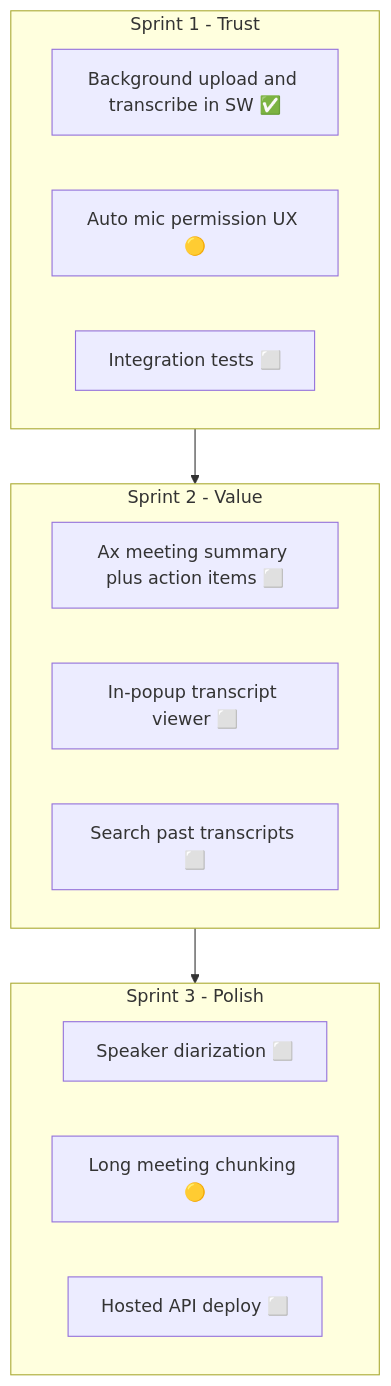
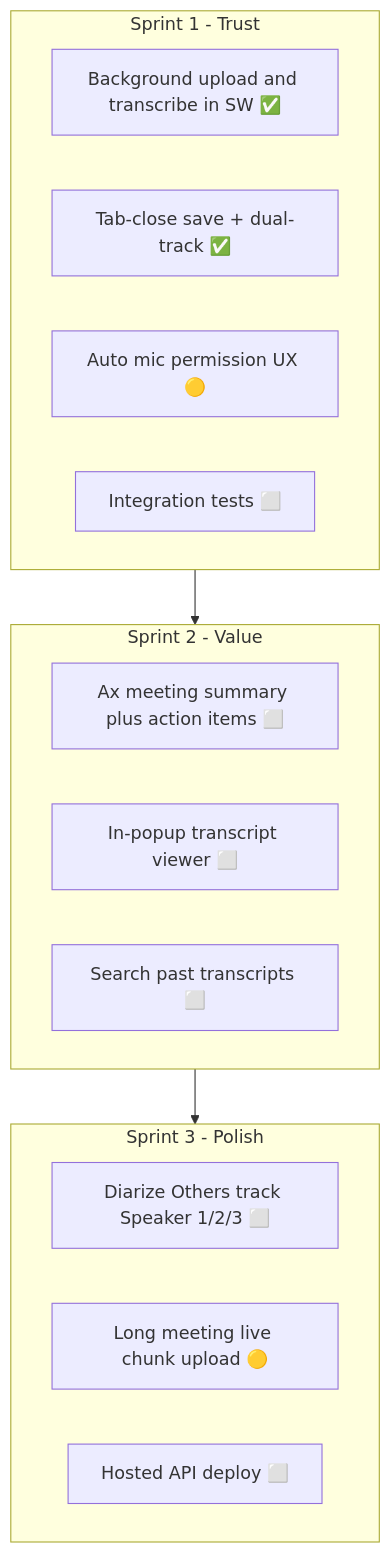
Before and after one commit to cogniumhq/cognium-meet: the diagram in ROADMAP.md, drawn with Mermaid. The commit also changed other lines of this file and 3 other files, not shown here.

````diff
--- a/ROADMAP.md
+++ b/ROADMAP.md
@@ -68,19 +72,20 @@
 ```mermaid
 flowchart TD
   subgraph sprint1 [Sprint 1 - Trust]
     A["Background upload and transcribe in SW ✅"]
-    B["Auto mic permission UX 🟡"]
-    C["Integration tests ⬜"]
+    B["Tab-close save + dual-track ✅"]
+    C["Auto mic permission UX 🟡"]
+    D["Integration tests ⬜"]
   end
   subgraph sprint2 [Sprint 2 - Value]
-    D["Ax meeting summary plus action items ⬜"]
-    E["In-popup transcript viewer ⬜"]
-    F["Search past transcripts ⬜"]
+    E["Ax meeting summary plus action items ⬜"]
+    F["In-popup transcript viewer ⬜"]
+    G["Search past transcripts ⬜"]
   end
   subgraph sprint3 [Sprint 3 - Polish]
-    G["Speaker diarization ⬜"]
-    H["Long meeting chunking 🟡"]
-    I["Hosted API deploy ⬜"]
+    H["Diarize Others track Speaker 1/2/3 ⬜"]
+    I["Long meeting live chunk upload 🟡"]
+    J["Hosted API deploy ⬜"]
   end
   sprint1 --> sprint2 --> sprint3
 ```
````
